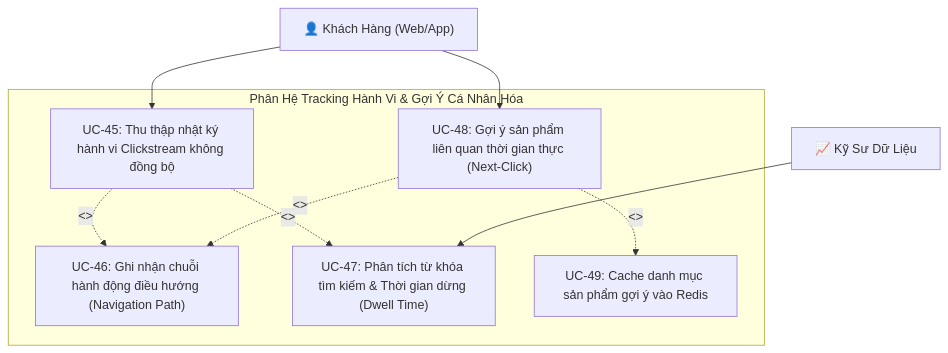
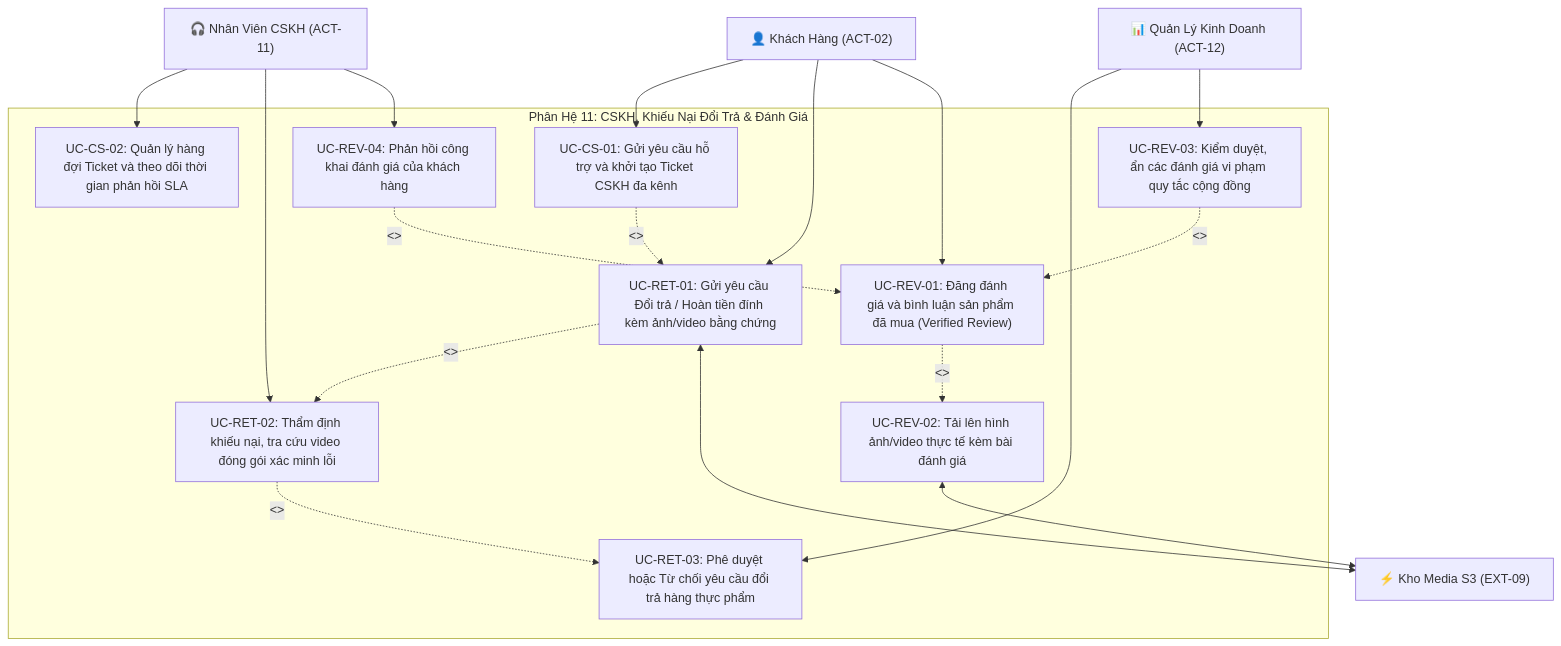
Before and after one commit to hvduong2k5/DUT.PBL6: diagram 13 of 16 in docs/01_requirements/use_case_specification.md, drawn with Mermaid. The commit also changed other lines of this file, not shown here.

````diff
--- a/docs/01_requirements/use_case_specification.md
+++ b/docs/01_requirements/use_case_specification.md
@@ -450,23 +766,40 @@
 ```mermaid
 graph TB
-    GuestCustomer["👤 Khách Hàng (Web/App)"]
-    DataAnalyst["📈 Kỹ Sư Dữ Liệu"]
+    Customer["👤 Khách Hàng (ACT-02)"]
+    CSStaff["🎧 Nhân Viên CSKH (ACT-11)"]
+    SalesMgr["📊 Quản Lý Kinh Doanh (ACT-12)"]
+    Ext_Storage["⚡ Kho Media S3 (EXT-09)"]
 
-    subgraph Behavior_Subsystem ["Phân Hệ Tracking Hành Vi & Gợi Ý Cá Nhân Hóa"]
-        UC45["UC-45: Thu thập nhật ký hành vi Clickstream không đồng bộ"]
-        UC46["UC-46: Ghi nhận chuỗi hành động điều hướng (Navigation Path)"]
-        UC47["UC-47: Phân tích từ khóa tìm kiếm & Thời gian dừng (Dwell Time)"]
-        UC48["UC-48: Gợi ý sản phẩm liên quan thời gian thực (Next-Click)"]
-        UC49["UC-49: Cache danh mục sản phẩm gợi ý vào Redis"]
+    subgraph Subsystem_Support_Review ["Phân Hệ 11: CSKH, Khiếu Nại Đổi Trả & Đánh Giá"]
+        UC_CS_01["UC-CS-01: Gửi yêu cầu hỗ trợ và khởi tạo Ticket CSKH đa kênh"]
+        UC_CS_02["UC-CS-02: Quản lý hàng đợi Ticket và theo dõi thời gian phản hồi SLA"]
+        UC_RET_01["UC-RET-01: Gửi yêu cầu Đổi trả / Hoàn tiền đính kèm ảnh/video bằng chứng"]
+        UC_RET_02["UC-RET-02: Thẩm định khiếu nại, tra cứu video đóng gói xác minh lỗi"]
+        UC_RET_03["UC-RET-03: Phê duyệt hoặc Từ chối yêu cầu đổi trả hàng thực phẩm"]
+        UC_REV_01["UC-REV-01: Đăng đánh giá và bình luận sản phẩm đã mua (Verified Review)"]
+        UC_REV_02["UC-REV-02: Tải lên hình ảnh/video thực tế kèm bài đánh giá"]
+        UC_REV_03["UC-REV-03: Kiểm duyệt, ẩn các đánh giá vi phạm quy tắc cộng đồng"]
+        UC_REV_04["UC-REV-04: Phản hồi công khai đánh giá của khách hàng"]
 
-        UC45 -. "<<include>>" .-> UC46
-        UC45 -. "<<include>>" .-> UC47
-        UC48 -. "<<include>>" .-> UC49
-        UC48 -. "<<extend>>" .-> UC46
+        UC_CS_01 -. "<<extend>>" .-> UC_RET_01
+        UC_RET_01 -. "<<include>>" .-> UC_RET_02
+        UC_RET_02 -. "<<include>>" .-> UC_RET_03
+        UC_REV_01 -. "<<include>>" .-> UC_REV_02
+        UC_REV_03 -. "<<extend>>" .-> UC_REV_01
+        UC_REV_04 -. "<<extend>>" .-> UC_REV_01
     end
 
-    GuestCustomer --> UC45
-    GuestCustomer --> UC48
+    Customer --> UC_CS_01
+    Customer --> UC_RET_01
+    Customer --> UC_REV_01
 
-    DataAnalyst --> UC47
+    CSStaff --> UC_CS_02
+    CSStaff --> UC_RET_02
+    CSStaff --> UC_REV_04
+
+    SalesMgr --> UC_RET_03
+    SalesMgr --> UC_REV_03
+
+    UC_RET_01 <--> Ext_Storage
+    UC_REV_02 <--> Ext_Storage
 ```
````
